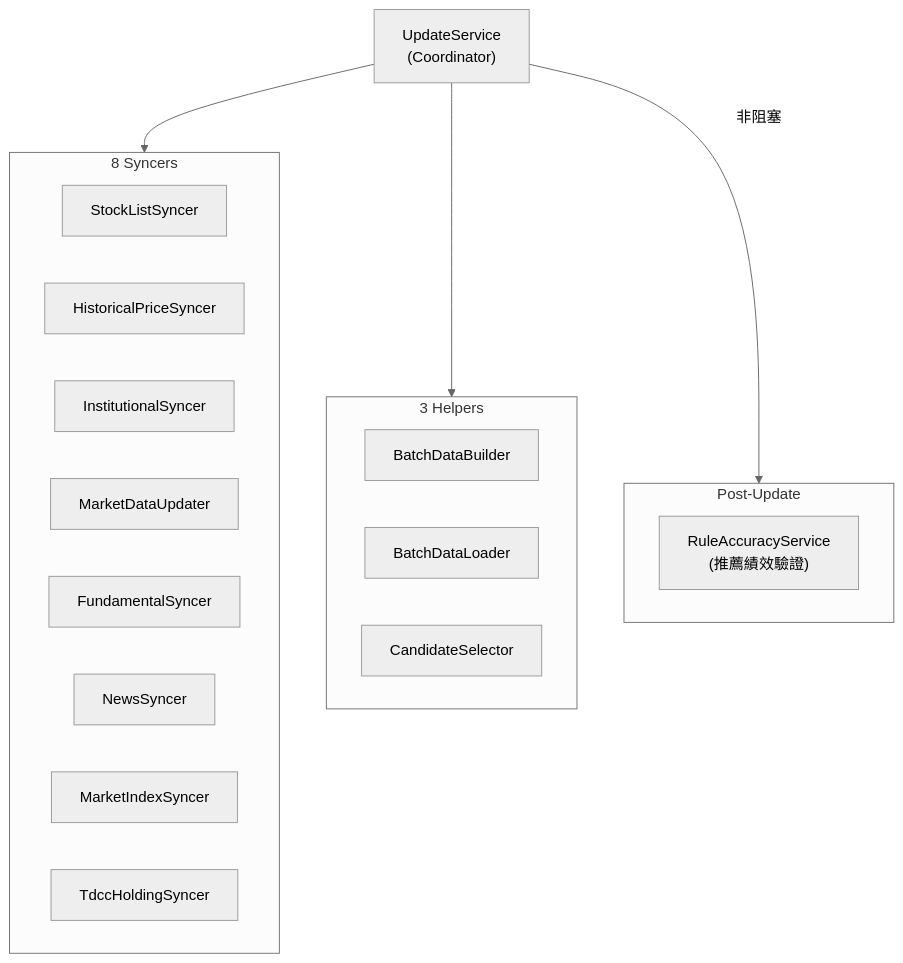
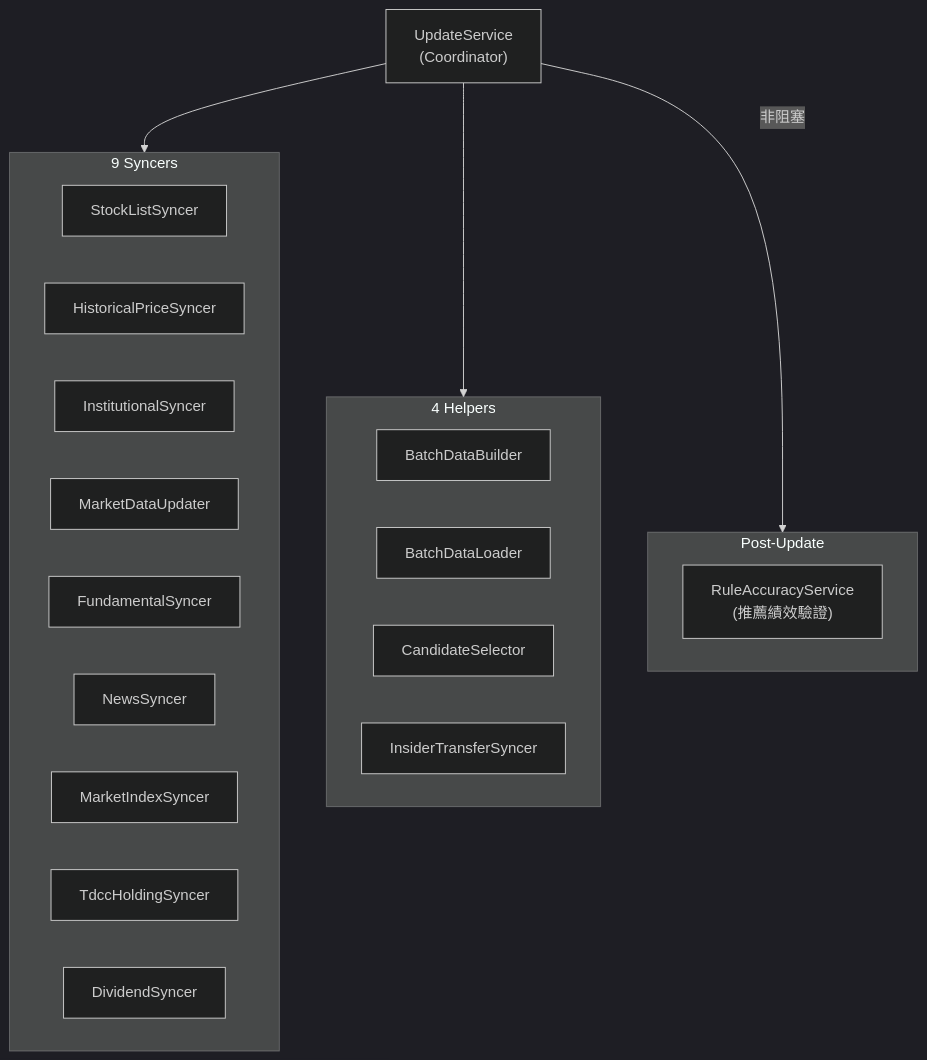
The fourth of 4 diagrams in CLAUDE.md (Neal75418/afterclose), drawn with Mermaid before and after one commit. The commit also changed other lines of this file and 5 other files, not shown here.

````diff
--- a/CLAUDE.md
+++ b/CLAUDE.md
@@ -121,30 +121,32 @@
 ```mermaid
-%%{init: {'theme': 'neutral'}}%%
+%%{init: {'theme': 'dark'}}%%
 graph TB
     US["UpdateService<br/>(Coordinator)"]
 
-    subgraph Syncers["8 Syncers"]
+    subgraph Syncers["9 Syncers"]
         SLS["StockListSyncer"]
         HPS["HistoricalPriceSyncer"]
         IS["InstitutionalSyncer"]
         MDU["MarketDataUpdater"]
         FS["FundamentalSyncer"]
         NS["NewsSyncer"]
         MIS["MarketIndexSyncer"]
         THS["TdccHoldingSyncer"]
+        DS["DividendSyncer"]
     end
 
-    subgraph Helpers["3 Helpers"]
+    subgraph Helpers["4 Helpers"]
         BDB["BatchDataBuilder"]
         BDL["BatchDataLoader"]
         CS["CandidateSelector"]
+        ITS["InsiderTransferSyncer"]
     end
 
     subgraph PostUpdate["Post-Update"]
         RAS["RuleAccuracyService<br/>(推薦績效驗證)"]
     end
 
     US --> Syncers
     US --> Helpers
     US -->|非阻塞| PostUpdate
 ```
````
